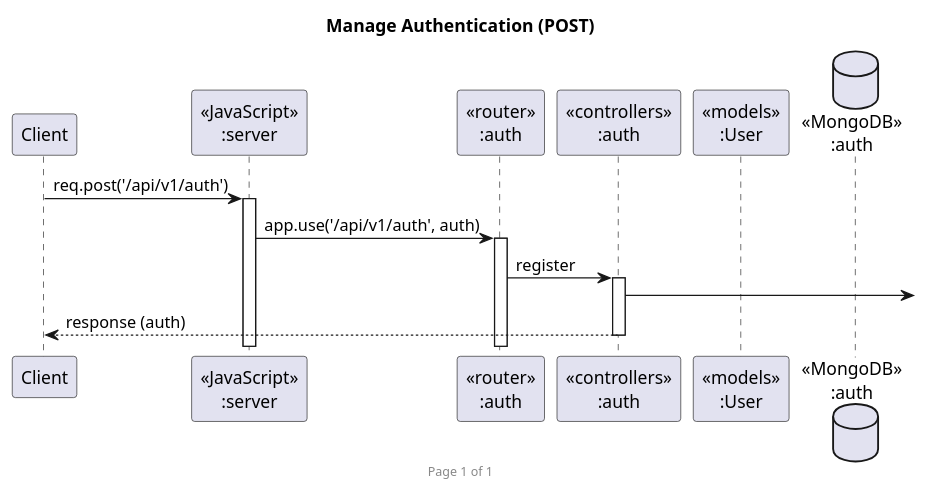
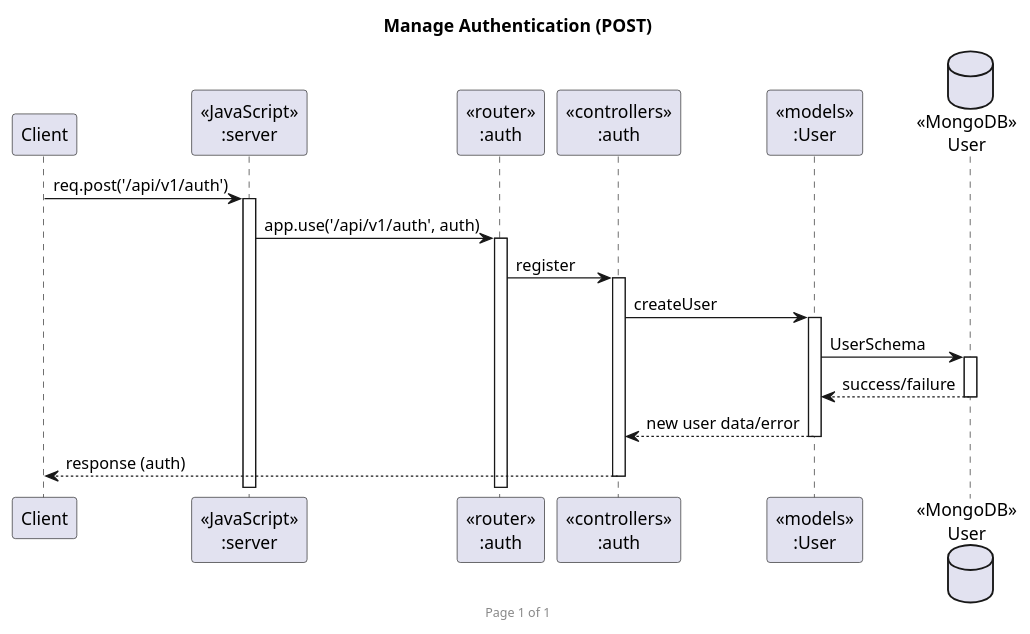
Before and after one commit to 2110503-2564/se-project-backend-10_brain-not-found: the diagram in UML/UML_Auth/register.puml, drawn with PlantUML. The commit also changed other lines of this file, not shown here.

Commit message:
auth uml

```diff
--- a/UML/UML_Auth/register.puml
+++ b/UML/UML_Auth/register.puml
@@ -1,20 +1,22 @@
 @startuml Manage Reservation (POST)
 
 footer Page %page% of %lastpage%
 title "Manage Authentication (POST)"
 
 participant "Client" as client
 participant "<<JavaScript>>\n:server" as server
 participant "<<router>>\n:auth" as routerAuth
 participant "<<controllers>>\n:auth" as controllersAuth
 participant "<<models>>\n:User" as User
-database "<<MongoDB>>\n:auth" as AuthDatabase
+database "<<MongoDB>>\nUser" as MongoDB
 
 client -> server ++ : req.post('/api/v1/auth')
 server -> routerAuth ++ : app.use('/api/v1/auth', auth)
 routerAuth -> controllersAuth ++ : register
-controllersAuth -> 
-
+controllersAuth -> User ++ : createUser
+User -> MongoDB ++ : UserSchema
+MongoDB --> User -- : success/failure
+User --> controllersAuth -- : new user data/error
 controllersAuth --> client -- : response (auth)
 
 @enduml
```
